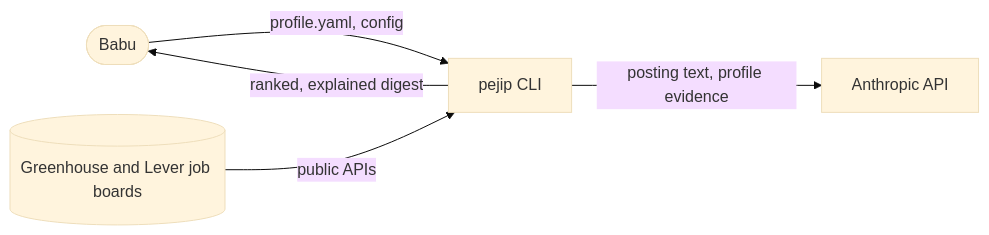
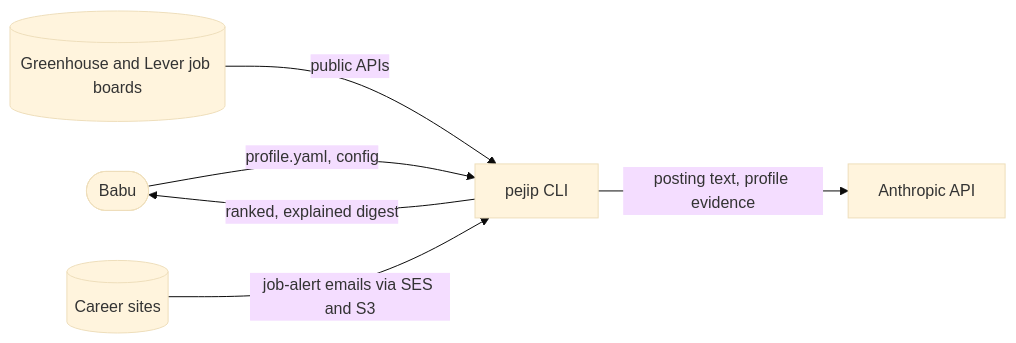
Before and after one commit to madduri-ops/PEJIP: the first of 2 diagrams in docs/architecture/overview.md, drawn with Mermaid (base theme). The commit also changed 17 other files, not shown here.

First line of the commit message:
Read job-alert emails from the inbox into ranked roles

````diff
--- a/docs/architecture/overview.md
+++ b/docs/architecture/overview.md
@@ -12,7 +12,8 @@
 ```mermaid
 flowchart LR
     user([Babu]) -- profile.yaml, config --> pejip[pejip CLI]
     boards[(Greenhouse and Lever job boards)] -- public APIs --> pejip
+    sites[(Career sites)] -- job-alert emails via SES and S3 --> pejip
     pejip -- posting text, profile evidence --> claude[Anthropic API]
     pejip -- ranked, explained digest --> user
 ```
````
